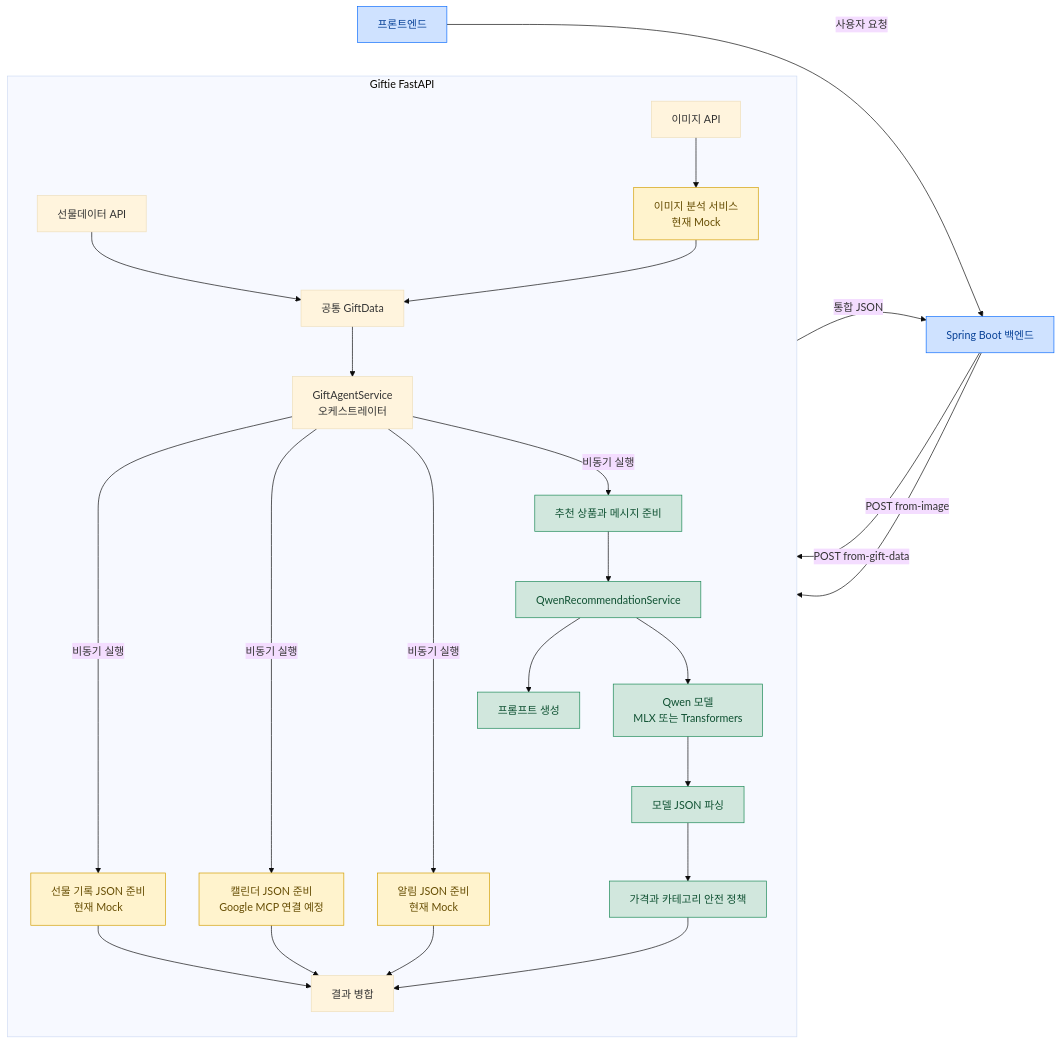
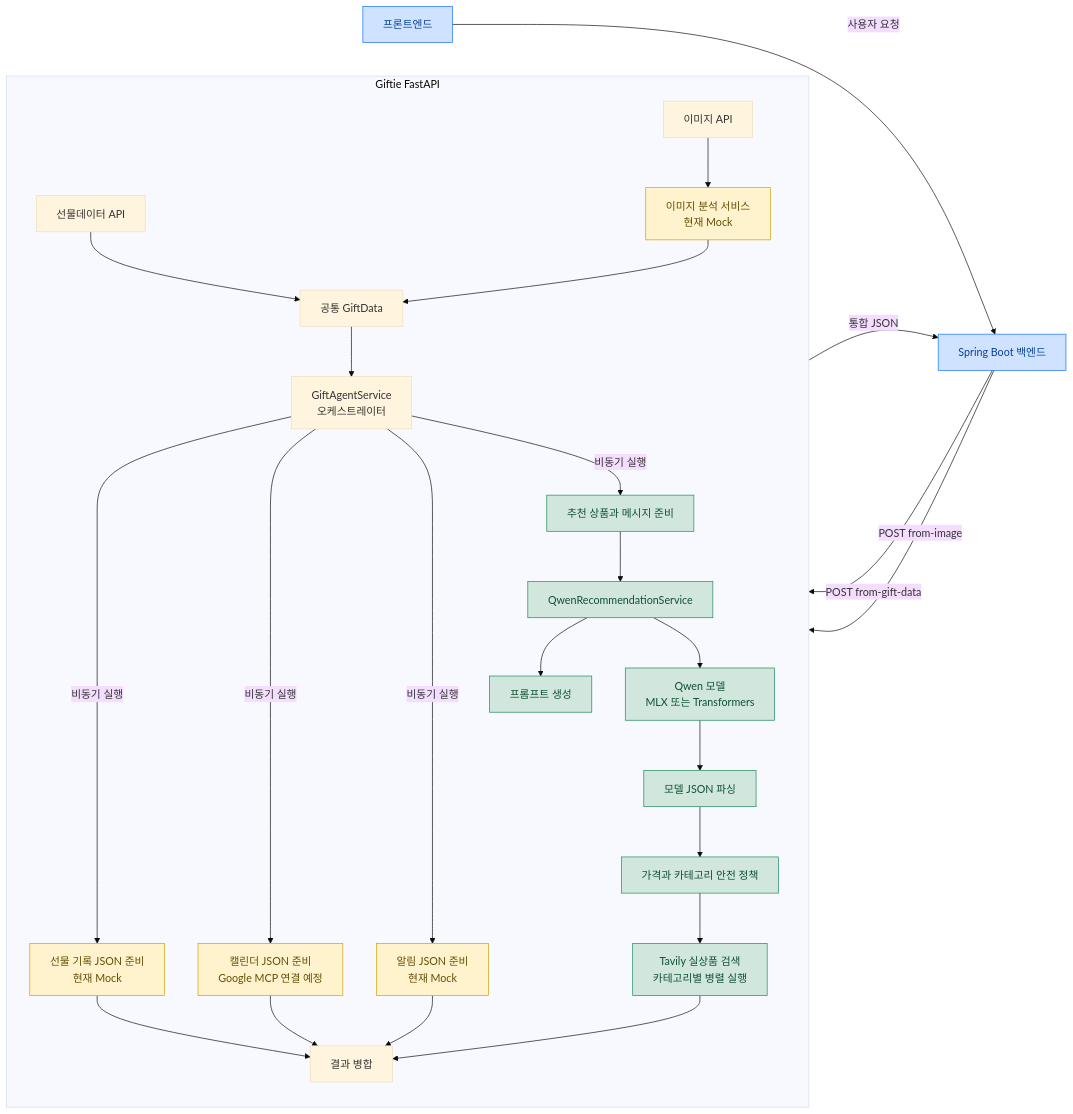
The diagram in README.md (KTB-AI-Hackerton-19/AI-Service), drawn with Mermaid (base theme) before and after one commit. The commit also changed other lines of this file and 13 other files, not shown here.

````diff
--- a/README.md
+++ b/README.md
@@ -25,43 +34,44 @@
 ```mermaid
 flowchart LR
     Client[프론트엔드] -->|사용자 요청| Backend[Spring Boot 백엔드]
 
     Backend -->|POST from-gift-data| GiftAPI[선물데이터 API]
     Backend -->|POST from-image| ImageAPI[이미지 API]
 
     subgraph Giftie[Giftie FastAPI]
         direction TB
 
         GiftAPI --> CommonData[공통 GiftData]
         ImageAPI --> ImageAnalyzer[이미지 분석 서비스<br/>현재 Mock]
         ImageAnalyzer --> CommonData
 
         CommonData --> Orchestrator[GiftAgentService<br/>오케스트레이터]
 
         Orchestrator -->|비동기 실행| GiftTask[선물 기록 JSON 준비<br/>현재 Mock]
         Orchestrator -->|비동기 실행| CalendarTask[캘린더 JSON 준비<br/>Google MCP 연결 예정]
         Orchestrator -->|비동기 실행| NotificationTask[알림 JSON 준비<br/>현재 Mock]
         Orchestrator -->|비동기 실행| RecommendationTask[추천 상품과 메시지 준비]
 
         RecommendationTask --> QwenService[QwenRecommendationService]
         QwenService --> Prompt[프롬프트 생성]
         QwenService --> Model[Qwen 모델<br/>MLX 또는 Transformers]
         Model --> Parser[모델 JSON 파싱]
         Parser --> Policy[가격과 카테고리 안전 정책]
+        Policy --> ProductSearch[Tavily 실상품 검색<br/>카테고리별 병렬 실행]
 
         GiftTask --> Merger[결과 병합]
         CalendarTask --> Merger
         NotificationTask --> Merger
-        Policy --> Merger
+        ProductSearch --> Merger
     end
 
     Merger -->|통합 JSON| Backend
 
     classDef mock fill:#fff3cd,stroke:#d39e00,color:#664d03;
     classDef actual fill:#d1e7dd,stroke:#198754,color:#0f5132;
     classDef external fill:#cfe2ff,stroke:#0d6efd,color:#084298;
 
     class ImageAnalyzer,GiftTask,CalendarTask,NotificationTask mock;
-    class RecommendationTask,QwenService,Prompt,Model,Parser,Policy actual;
+    class RecommendationTask,QwenService,Prompt,Model,Parser,Policy,ProductSearch actual;
     class Client,Backend external;
 ```
````
